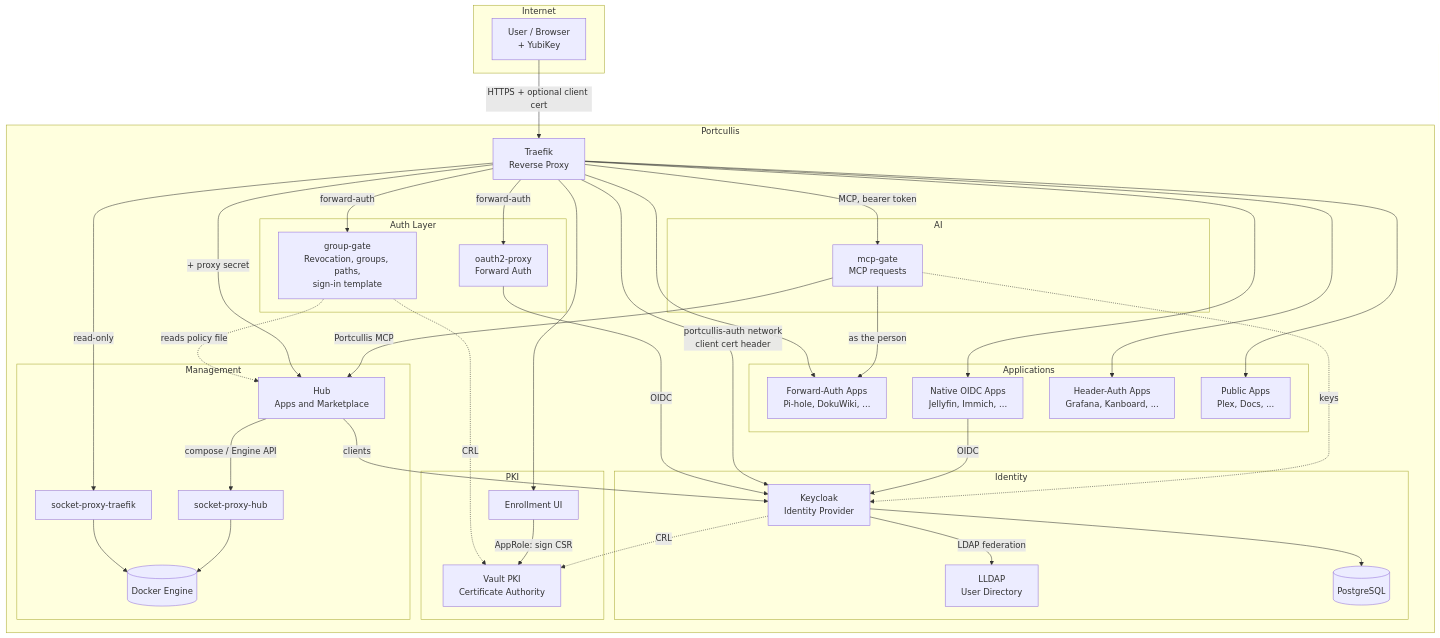
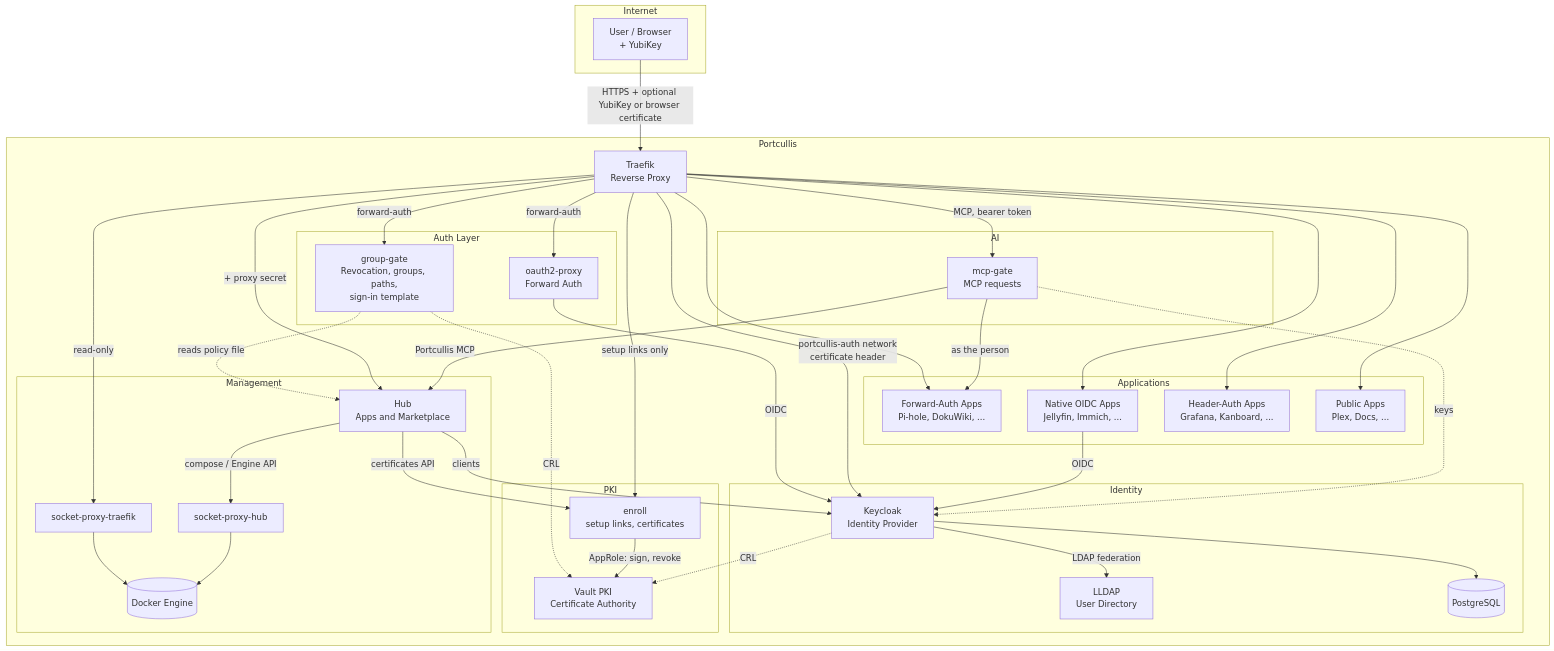
Before and after one commit to porelli/portcullis-docs: the first of 12 diagrams in docs/architecture.md, drawn with Mermaid. The commit also changed other lines of this file and 20 other files, not shown here.

Commit message:
contract: sign-in methods part 2 — Sign-in page, browser certificates (pki_file), history, sign_in_help, enroll retired, clear names

````diff
--- a/docs/architecture.md
+++ b/docs/architecture.md
@@ -7,78 +7,79 @@
 ```mermaid
 graph TB
     subgraph Internet
         User[User / Browser<br/>+ YubiKey]
     end
 
     subgraph Portcullis
         Traefik[Traefik<br/>Reverse Proxy]
 
         subgraph Auth Layer
             OAuth2[oauth2-proxy<br/>Forward Auth]
             GroupGate[group-gate<br/>Revocation, groups, paths,<br/>sign-in template]
         end
 
         subgraph Identity
             Keycloak[Keycloak<br/>Identity Provider]
             LLDAP[LLDAP<br/>User Directory]
             Postgres[(PostgreSQL)]
         end
 
         subgraph PKI
             Vault[Vault PKI<br/>Certificate Authority]
-            Enroll[Enrollment UI]
+            Enroll[enroll<br/>setup links, certificates]
         end
 
         subgraph AI
             MCPGate[mcp-gate<br/>MCP requests]
         end
 
         subgraph Management
             Hub[Hub<br/>Apps and Marketplace]
             SPH[socket-proxy-hub]
             SPT[socket-proxy-traefik]
             Docker[(Docker Engine)]
         end
 
         subgraph Applications
             AppFA[Forward-Auth Apps<br/>Pi-hole, DokuWiki, ...]
             AppOIDC[Native OIDC Apps<br/>Jellyfin, Immich, ...]
             AppHeader[Header-Auth Apps<br/>Grafana, Kanboard, ...]
             AppPublic[Public Apps<br/>Plex, Docs, ...]
         end
     end
 
-    User -->|HTTPS + optional client cert| Traefik
+    User -->|HTTPS + optional YubiKey or browser certificate| Traefik
 
     Traefik -->|forward-auth| OAuth2
     OAuth2 -->|OIDC| Keycloak
     Traefik -->|forward-auth| GroupGate
     GroupGate -.->|CRL| Vault
     GroupGate -.->|reads policy file| Hub
-    Traefik -->|portcullis-auth network<br/>client cert header| Keycloak
+    Traefik -->|portcullis-auth network<br/>certificate header| Keycloak
 
     Traefik --> AppFA
     Traefik --> AppOIDC
     Traefik --> AppHeader
     Traefik --> AppPublic
     Traefik -->|+ proxy secret| Hub
-    Traefik --> Enroll
+    Traefik -->|setup links only| Enroll
+    Hub -->|certificates API| Enroll
 
     AppOIDC -->|OIDC| Keycloak
 
     Keycloak -->|LDAP federation| LLDAP
     Keycloak --> Postgres
     Keycloak -.->|CRL| Vault
-    Enroll -->|AppRole: sign CSR| Vault
+    Enroll -->|AppRole: sign, revoke| Vault
 
     Traefik -->|read-only| SPT
     Hub -->|compose / Engine API| SPH
     SPT --> Docker
     SPH --> Docker
     Hub -->|clients| Keycloak
 
     Traefik -->|MCP, bearer token| MCPGate
     MCPGate -.->|keys| Keycloak
     MCPGate -->|as the person| AppFA
     MCPGate -->|Portcullis MCP| Hub
 ```
````
